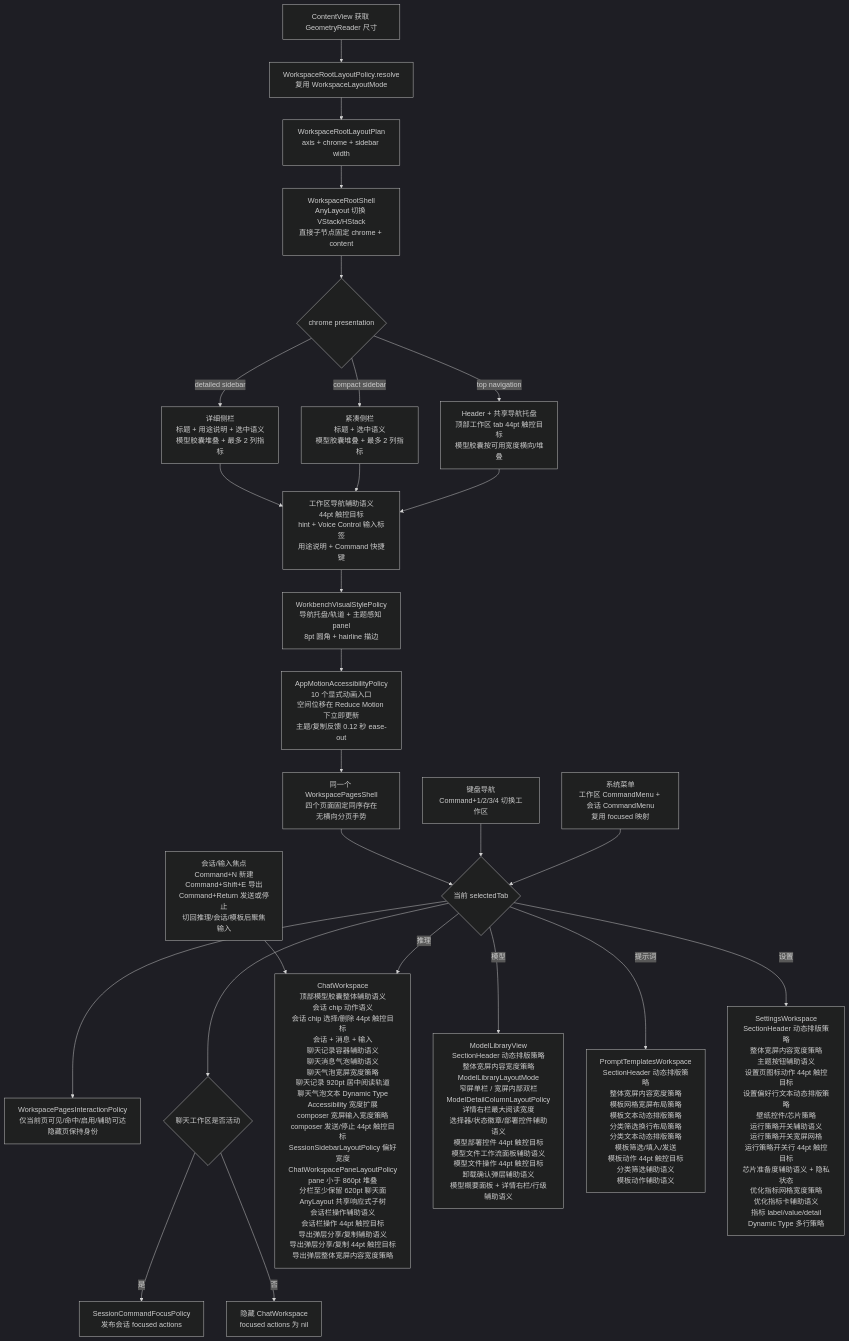
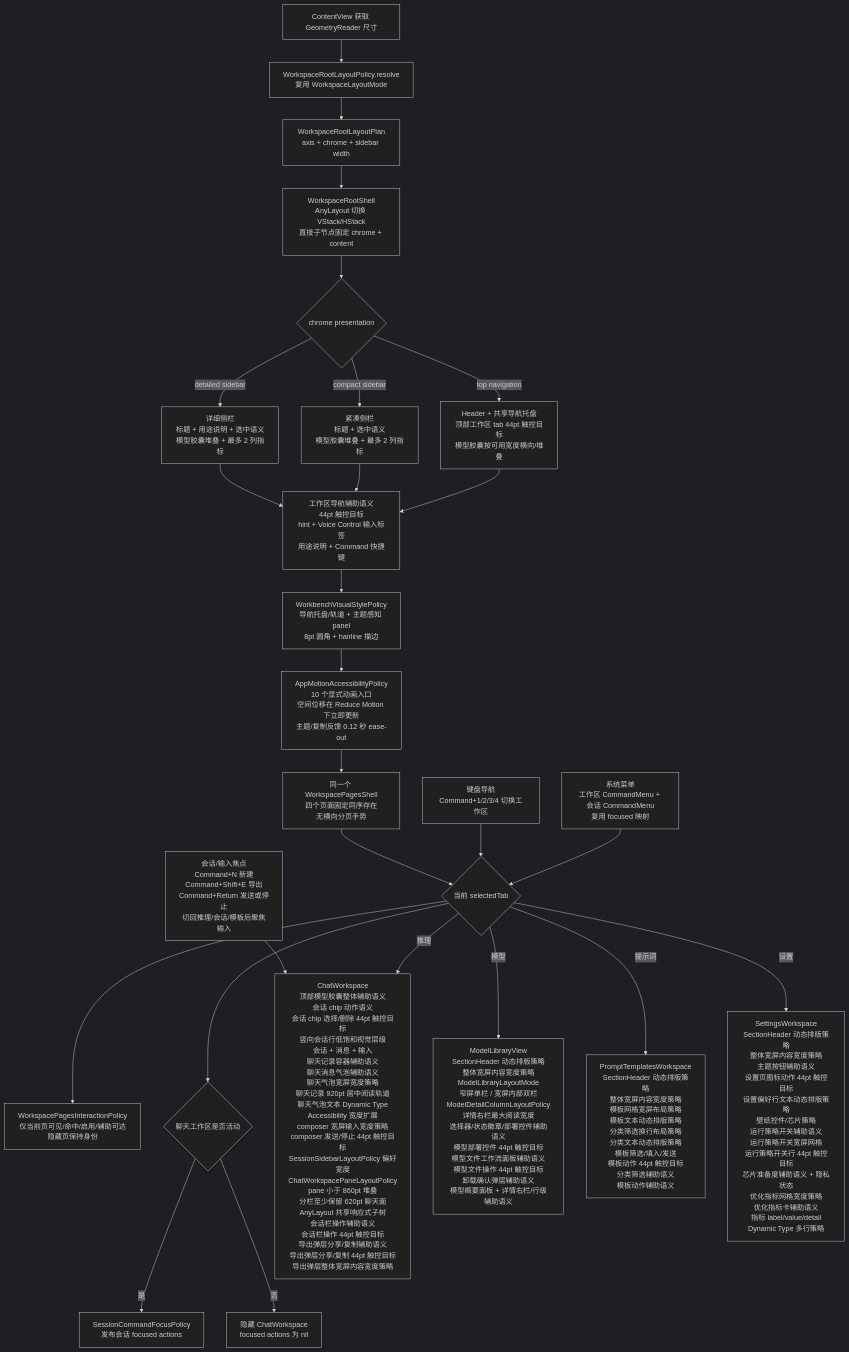
The fifth of 10 diagrams in md/flow/flowchart.md (Altman-sam114/113), drawn with Mermaid (dark theme) before and after one commit. The commit also changed 8 other files, not shown here.

````diff
--- a/md/flow/flowchart.md
+++ b/md/flow/flowchart.md
@@ -94,28 +94,28 @@
 ```mermaid
 flowchart TD
     A[ContentView 获取 GeometryReader 尺寸] --> B[WorkspaceRootLayoutPolicy.resolve<br/>复用 WorkspaceLayoutMode]
     B --> C[WorkspaceRootLayoutPlan<br/>axis + chrome + sidebar width]
     C --> D[WorkspaceRootShell<br/>AnyLayout 切换 VStack/HStack<br/>直接子节点固定 chrome + content]
     D --> E{chrome presentation}
     E -- top navigation --> N[Header + 共享导航托盘<br/>顶部工作区 tab 44pt 触控目标<br/>模型胶囊按可用宽度横向/堆叠]
     E -- detailed sidebar --> O[详细侧栏<br/>标题 + 用途说明 + 选中语义<br/>模型胶囊堆叠 + 最多 2 列指标]
     E -- compact sidebar --> P[紧凑侧栏<br/>标题 + 选中语义<br/>模型胶囊堆叠 + 最多 2 列指标]
     O --> X[工作区导航辅助语义<br/>44pt 触控目标<br/>hint + Voice Control 输入标签<br/>用途说明 + Command 快捷键]
     P --> X
     X --> V[WorkbenchVisualStylePolicy<br/>导航托盘/轨道 + 主题感知 panel<br/>8pt 圆角 + hairline 描边]
     V --> R[AppMotionAccessibilityPolicy<br/>10 个显式动画入口<br/>空间位移在 Reduce Motion 下立即更新<br/>主题/复制反馈 0.12 秒 ease-out]
     R --> T[同一个 WorkspacePagesShell<br/>四个页面固定同序存在<br/>无横向分页手势]
     N --> X
     T --> F{当前 selectedTab}
     F --> Y[WorkspacePagesInteractionPolicy<br/>仅当前页可见/命中/启用/辅助可达<br/>隐藏页保持身份]
     K[键盘导航<br/>Command+1/2/3/4 切换工作区] --> F
     M[系统菜单<br/>工作区 CommandMenu + 会话 CommandMenu<br/>复用 focused 映射] --> F
     F --> Q{聊天工作区是否活动}
     Q -- 是 --> S[SessionCommandFocusPolicy<br/>发布会话 focused actions]
     Q -- 否 --> U[隐藏 ChatWorkspace<br/>focused actions 为 nil]
     L[会话/输入焦点<br/>Command+N 新建<br/>Command+Shift+E 导出<br/>Command+Return 发送或停止<br/>切回推理/会话/模板后聚焦输入] --> G
-    F -- 推理 --> G[ChatWorkspace<br/>顶部模型胶囊整体辅助语义<br/>会话 chip 动作语义<br/>会话 chip 选择/删除 44pt 触控目标<br/>会话 + 消息 + 输入<br/>聊天记录容器辅助语义<br/>聊天消息气泡辅助语义<br/>聊天气泡宽屏宽度策略<br/>聊天记录 920pt 居中阅读轨道<br/>聊天气泡文本 Dynamic Type<br/>Accessibility 宽度扩展<br/>composer 宽屏输入宽度策略<br/>composer 发送/停止 44pt 触控目标<br/>SessionSidebarLayoutPolicy 偏好宽度<br/>ChatWorkspacePaneLayoutPolicy<br/>pane 小于 860pt 堆叠<br/>分栏至少保留 620pt 聊天面<br/>AnyLayout 共享响应式子树<br/>会话栏操作辅助语义<br/>会话栏操作 44pt 触控目标<br/>导出弹层分享/复制辅助语义<br/>导出弹层分享/复制 44pt 触控目标<br/>导出弹层整体宽屏内容宽度策略]
+    F -- 推理 --> G[ChatWorkspace<br/>顶部模型胶囊整体辅助语义<br/>会话 chip 动作语义<br/>会话 chip 选择/删除 44pt 触控目标<br/>竖向会话行低饱和视觉层级<br/>会话 + 消息 + 输入<br/>聊天记录容器辅助语义<br/>聊天消息气泡辅助语义<br/>聊天气泡宽屏宽度策略<br/>聊天记录 920pt 居中阅读轨道<br/>聊天气泡文本 Dynamic Type<br/>Accessibility 宽度扩展<br/>composer 宽屏输入宽度策略<br/>composer 发送/停止 44pt 触控目标<br/>SessionSidebarLayoutPolicy 偏好宽度<br/>ChatWorkspacePaneLayoutPolicy<br/>pane 小于 860pt 堆叠<br/>分栏至少保留 620pt 聊天面<br/>AnyLayout 共享响应式子树<br/>会话栏操作辅助语义<br/>会话栏操作 44pt 触控目标<br/>导出弹层分享/复制辅助语义<br/>导出弹层分享/复制 44pt 触控目标<br/>导出弹层整体宽屏内容宽度策略]
     F -- 模型 --> H[ModelLibraryView<br/>SectionHeader 动态排版策略<br/>整体宽屏内容宽度策略<br/>ModelLibraryLayoutMode<br/>窄屏单栏 / 宽屏内部双栏<br/>ModelDetailColumnLayoutPolicy<br/>详情右栏最大阅读宽度<br/>选择器/状态徽章/部署控件辅助语义<br/>模型部署控件 44pt 触控目标<br/>模型文件工作流面板辅助语义<br/>模型文件操作 44pt 触控目标<br/>卸载确认弹层辅助语义<br/>模型概要面板 + 详情右栏/行级辅助语义]
     F -- 提示词 --> I[PromptTemplatesWorkspace<br/>SectionHeader 动态排版策略<br/>整体宽屏内容宽度策略<br/>模板网格宽屏布局策略<br/>模板文本动态排版策略<br/>分类筛选换行布局策略<br/>分类文本动态排版策略<br/>模板筛选/填入/发送<br/>模板动作 44pt 触控目标<br/>分类筛选辅助语义<br/>模板动作辅助语义]
     F -- 设置 --> J[SettingsWorkspace<br/>SectionHeader 动态排版策略<br/>整体宽屏内容宽度策略<br/>主题按钮辅助语义<br/>设置页图标动作 44pt 触控目标<br/>设置偏好行文本动态排版策略<br/>壁纸控件/芯片策略<br/>运行策略开关辅助语义<br/>运行策略开关宽屏网格<br/>运行策略开关行 44pt 触控目标<br/>芯片准备度辅助语义 + 隐私状态<br/>优化指标网格宽度策略<br/>优化指标卡辅助语义<br/>指标 label/value/detail<br/>Dynamic Type 多行策略]
 ```
````
